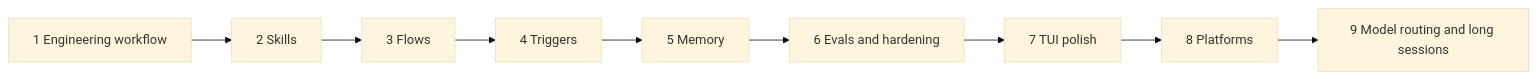
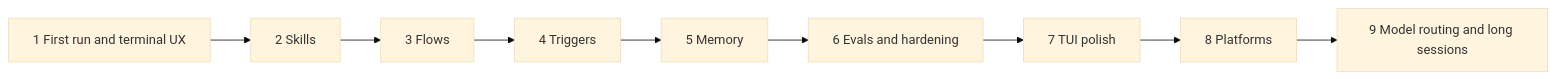
The first of 4 diagrams in docs/plan.md (MilanPavel/golem), drawn with Mermaid (base theme) before and after one commit. The commit also changed other lines of this file, not shown here.

First line of the commit message:
docs(plan): phase 1 is first run and terminal UX

````diff
--- a/docs/plan.md
+++ b/docs/plan.md
@@ -27,4 +27,4 @@
 ```mermaid
 flowchart LR
-  p1[1 Engineering workflow] --> p2[2 Skills] --> p3[3 Flows] --> p4[4 Triggers] --> p5[5 Memory] --> p6[6 Evals and hardening] --> p7[7 TUI polish] --> p8[8 Platforms] --> p9[9 Model routing and long sessions]
+  p1[1 First run and terminal UX] --> p2[2 Skills] --> p3[3 Flows] --> p4[4 Triggers] --> p5[5 Memory] --> p6[6 Evals and hardening] --> p7[7 TUI polish] --> p8[8 Platforms] --> p9[9 Model routing and long sessions]
 ```
````
